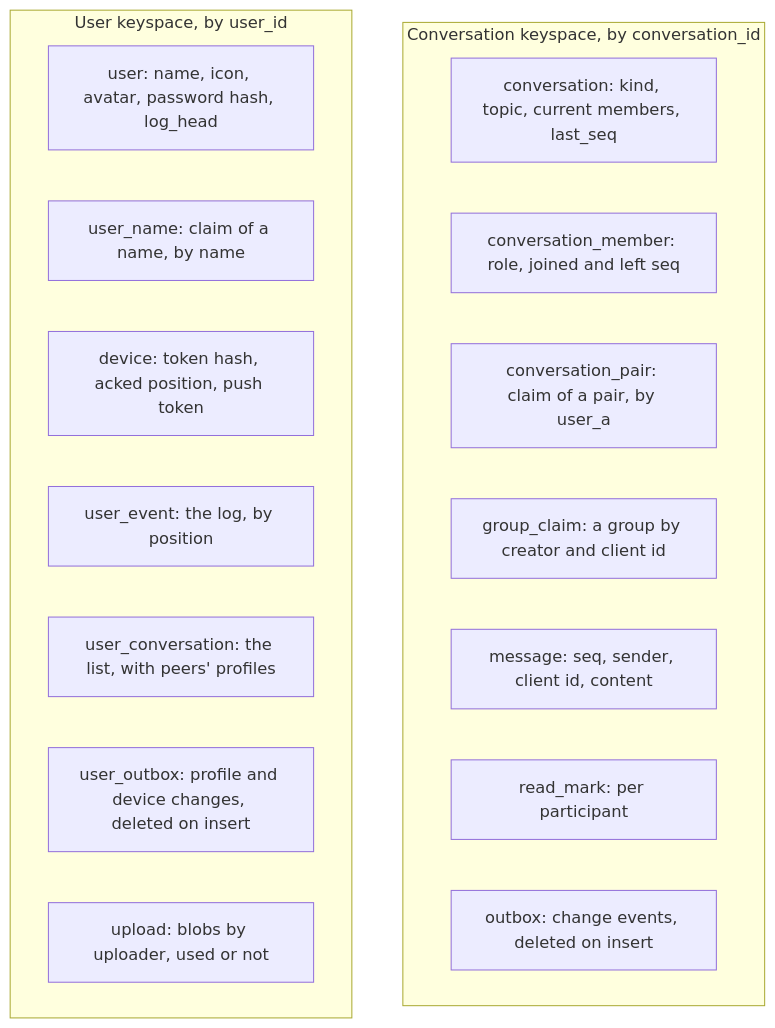
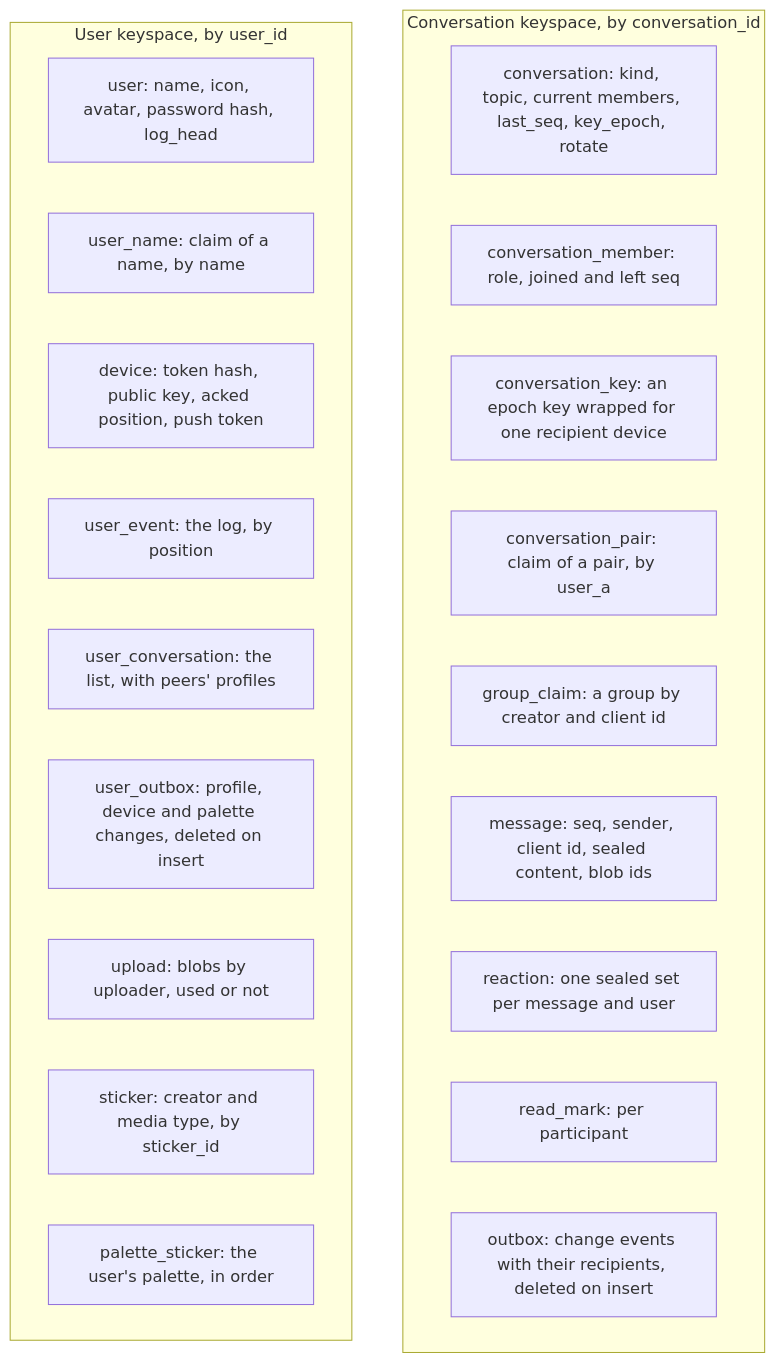
Before and after one commit to vlumi/wrinkle: the first of 5 diagrams in docs/architecture.md, drawn with Mermaid. The commit also changed other lines of this file and 4 other files, not shown here.

First line of the commit message:
Docs: the feature set and what is solid in the README; choices, the key flow and the current data model in the architecture

````diff
--- a/docs/architecture.md
+++ b/docs/architecture.md
@@ -40,21 +47,25 @@
 ```mermaid
 flowchart TB
   subgraph conv ["Conversation keyspace, by conversation_id"]
-    c["conversation: kind, topic, current members, last_seq"]
+    c["conversation: kind, topic, current members, last_seq, key_epoch, rotate"]
     cm["conversation_member: role, joined and left seq"]
+    ck["conversation_key: an epoch key wrapped for one recipient device"]
     p["conversation_pair: claim of a pair, by user_a"]
     g["group_claim: a group by creator and client id"]
-    m["message: seq, sender, client id, content"]
+    m["message: seq, sender, client id, sealed content, blob ids"]
+    rx["reaction: one sealed set per message and user"]
     r["read_mark: per participant"]
-    o["outbox: change events, deleted on insert"]
+    o["outbox: change events with their recipients, deleted on insert"]
   end
   subgraph user ["User keyspace, by user_id"]
     u["user: name, icon, avatar, password hash, log_head"]
     n["user_name: claim of a name, by name"]
-    d["device: token hash, acked position, push token"]
+    d["device: token hash, public key, acked position, push token"]
     e["user_event: the log, by position"]
     l["user_conversation: the list, with peers' profiles"]
-    uo["user_outbox: profile and device changes, deleted on insert"]
+    uo["user_outbox: profile, device and palette changes, deleted on insert"]
     up["upload: blobs by uploader, used or not"]
+    s["sticker: creator and media type, by sticker_id"]
+    ps["palette_sticker: the user's palette, in order"]
   end
 ```
````
